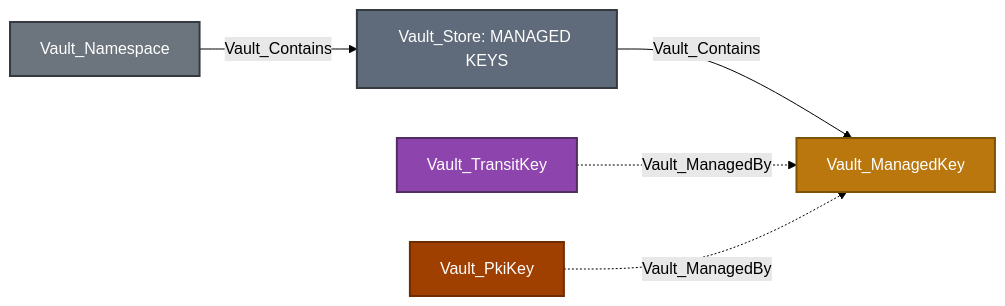
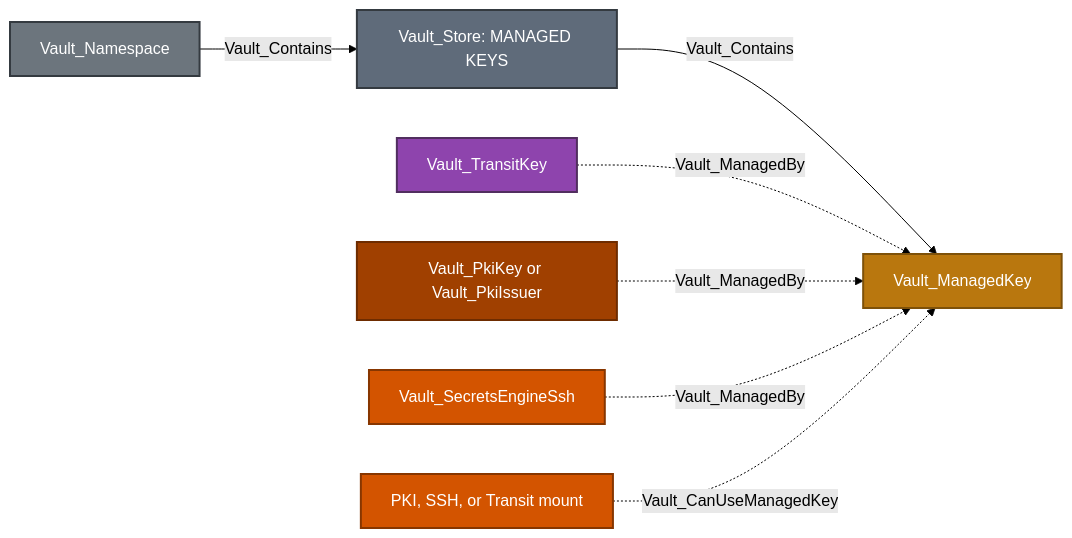
Before and after one commit to bytewreck/opengraph-vault: the first of 3 diagrams in Documentation/stores/MANAGED_KEYS.md, drawn with Mermaid (forest theme). The commit also changed other lines of this file and 7 other files, not shown here.

````diff
--- a/Documentation/stores/MANAGED_KEYS.md
+++ b/Documentation/stores/MANAGED_KEYS.md
@@ -21,13 +21,16 @@
 ```mermaid
 flowchart LR
     namespace[Vault_Namespace]:::namespaceNode -->|Vault_Contains| store[Vault_Store: MANAGED KEYS]:::storeNode
     store -->|Vault_Contains| managed[Vault_ManagedKey]:::managedKeyNode
     transit[Vault_TransitKey]:::transitKeyNode -.->|Vault_ManagedBy| managed
-    pki[Vault_PkiKey]:::pkiKeyNode -.->|Vault_ManagedBy| managed
+    pki[Vault_PkiKey or Vault_PkiIssuer]:::pkiKeyNode -.->|Vault_ManagedBy| managed
+    ssh[Vault_SecretsEngineSsh]:::mountNode -.->|Vault_ManagedBy| managed
+    consumer[PKI, SSH, or Transit mount]:::mountNode -.->|Vault_CanUseManagedKey| managed
 
     classDef namespaceNode fill:#6C757D,color:#fff,stroke:#343A40,stroke-width:2px
     classDef storeNode fill:#5F6B7A,color:#fff,stroke:#343A40,stroke-width:2px
     classDef managedKeyNode fill:#B9770E,color:#fff,stroke:#7E5109,stroke-width:2px
     classDef transitKeyNode fill:#8E44AD,color:#fff,stroke:#512E5F,stroke-width:2px
     classDef pkiKeyNode fill:#A04000,color:#fff,stroke:#6E2C00,stroke-width:2px
+    classDef mountNode fill:#D35400,color:#fff,stroke:#873600,stroke-width:2px
 ```
````
